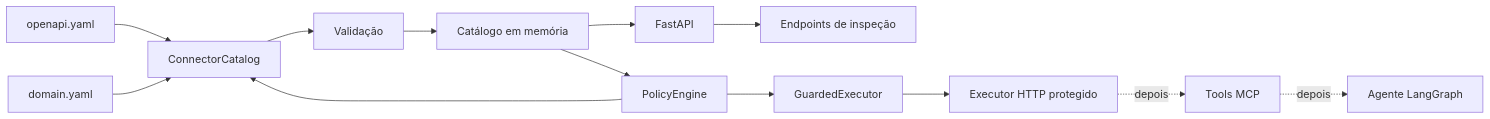
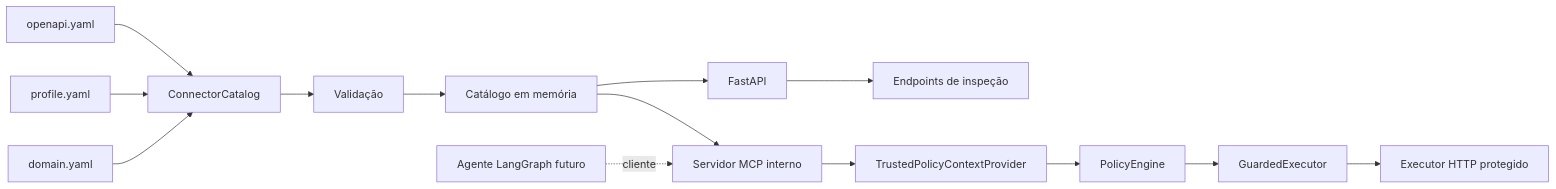
The first of 3 diagrams in docs/GUIA_COMPLETO.md (ChristianGandra21/indusguard), drawn with Mermaid before and after one commit. The commit also changed other lines of this file and 7 other files, not shown here.

Commit message:
feat: expose guarded operations as internal MCP tools

````diff
--- a/docs/GUIA_COMPLETO.md
+++ b/docs/GUIA_COMPLETO.md
@@ -315,16 +337,17 @@
 ```mermaid
 flowchart LR
     O[openapi.yaml] --> C[ConnectorCatalog]
-    P[profile.yaml] --> C
+    Y[profile.yaml] --> C
     D[domain.yaml] --> C
     C --> V[Validação]
     V --> M[Catálogo em memória]
     M --> F[FastAPI]
     F --> R[Endpoints de inspeção]
 
-    M --> P[PolicyEngine]
+    M --> MCP[Servidor MCP interno]
+    MCP --> T[TrustedPolicyContextProvider]
+    T --> P[PolicyEngine]
     P --> G[GuardedExecutor]
     G --> E[Executor HTTP protegido]
-    E -. depois .-> MCP[Tools MCP]
-    MCP -. depois .-> A[Agente LangGraph]
+    A[Agente LangGraph futuro] -. cliente .-> MCP
 ```
````
